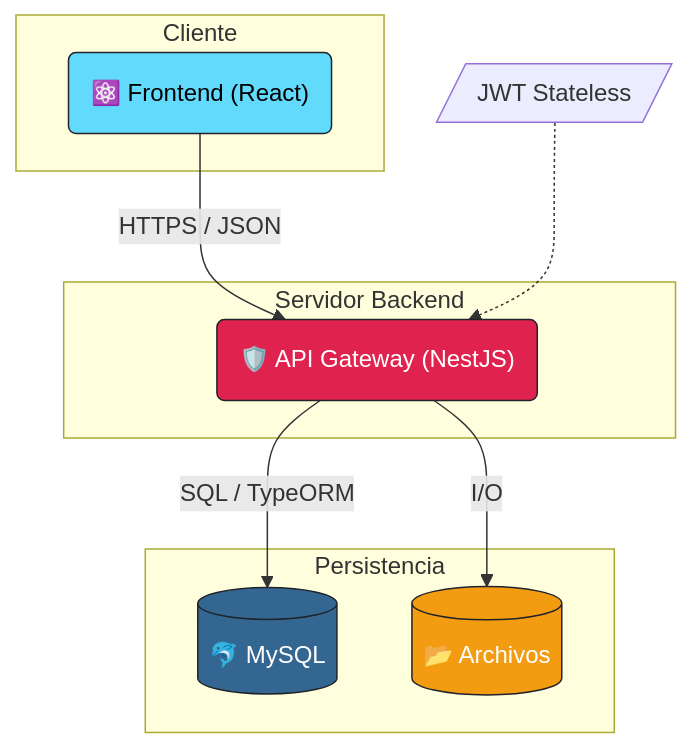
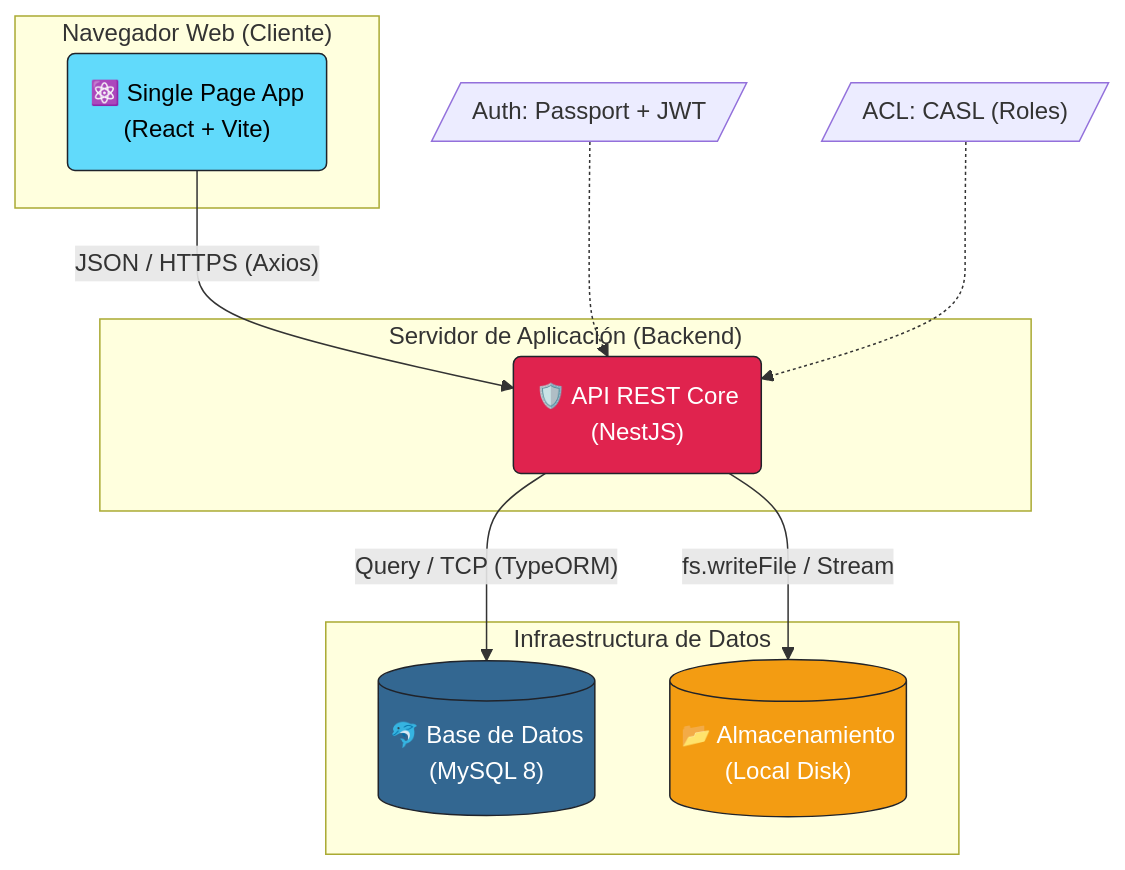
One commit to 4lexanderpardo09/help-desk-back changed the second of 2 diagrams in docs/ARCHITECTURE.md. Above: the diagram before and after it, drawn with Mermaid. The commit also changed other lines of this file, not shown here.

Commit message:
refactor: Update architecture documentation with a simplified context diagram, detailed container diagram, and refined technology descriptions.

````diff
--- a/docs/ARCHITECTURE.md
+++ b/docs/ARCHITECTURE.md
@@ -48,31 +42,34 @@
 ```mermaid
 graph TD
     %% Estilos
     classDef spa fill:#61dafb,stroke:#20232a,color:black,rx:5,ry:5;
     classDef api fill:#e0234e,stroke:#20232a,color:white,rx:5,ry:5;
     classDef db fill:#336791,stroke:#20232a,color:white,rx:5,ry:5;
     classDef fs fill:#f39c12,stroke:#20232a,color:white,rx:5,ry:5;
 
-    subgraph "Cliente"
-        SPA("⚛️ Frontend (React)"):::spa
+    subgraph "Navegador Web (Cliente)"
+        SPA("⚛️ Single Page App<br>(React + Vite)"):::spa
     end
 
-    subgraph "Servidor Backend"
-        API("🛡️ API Gateway (NestJS)"):::api
+    subgraph "Servidor de Aplicación (Backend)"
+        API("🛡️ API REST Core<br>(NestJS)"):::api
     end
 
-    subgraph "Persistencia"
-        DB[("🐬 MySQL")]:::db
-        Files[("📂 Archivos")]:::fs
+    subgraph "Infraestructura de Datos"
+        DB[("🐬 Base de Datos<br>(MySQL 8)")]:::db
+        Files[("📂 Almacenamiento<br>(Local Disk)")]:::fs
     end
 
-    %% Relaciones
-    SPA -- "HTTPS / JSON" --> API
+    %% Relaciones Específicas
+    SPA -- "JSON / HTTPS (Axios)" --> API
 
-    API -- "SQL / TypeORM" --> DB
-    API -- "I/O" --> Files
+    API -- "Query / TCP (TypeORM)" --> DB
+    API -- "fs.writeFile / Stream" --> Files
 
-    %% Notas
-    note1[/"JWT Stateless"/] 
+    %% Detalles Internos del Backend (Notas)
+    note1[/"Auth: Passport + JWT"/]
+    note2[/"ACL: CASL (Roles)"/]
+    
     note1 -.-> API
+    note2 -.-> API
 ```
````
